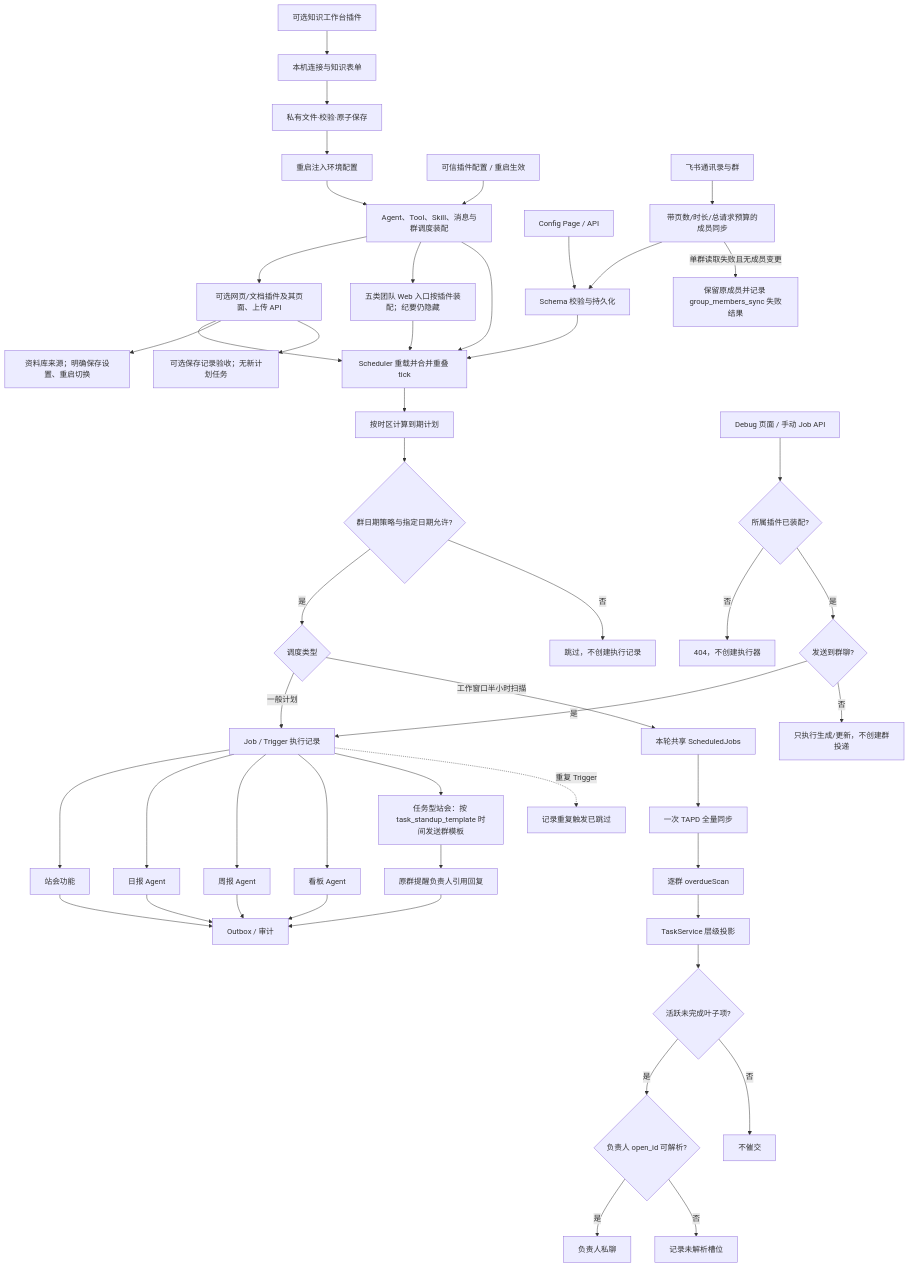
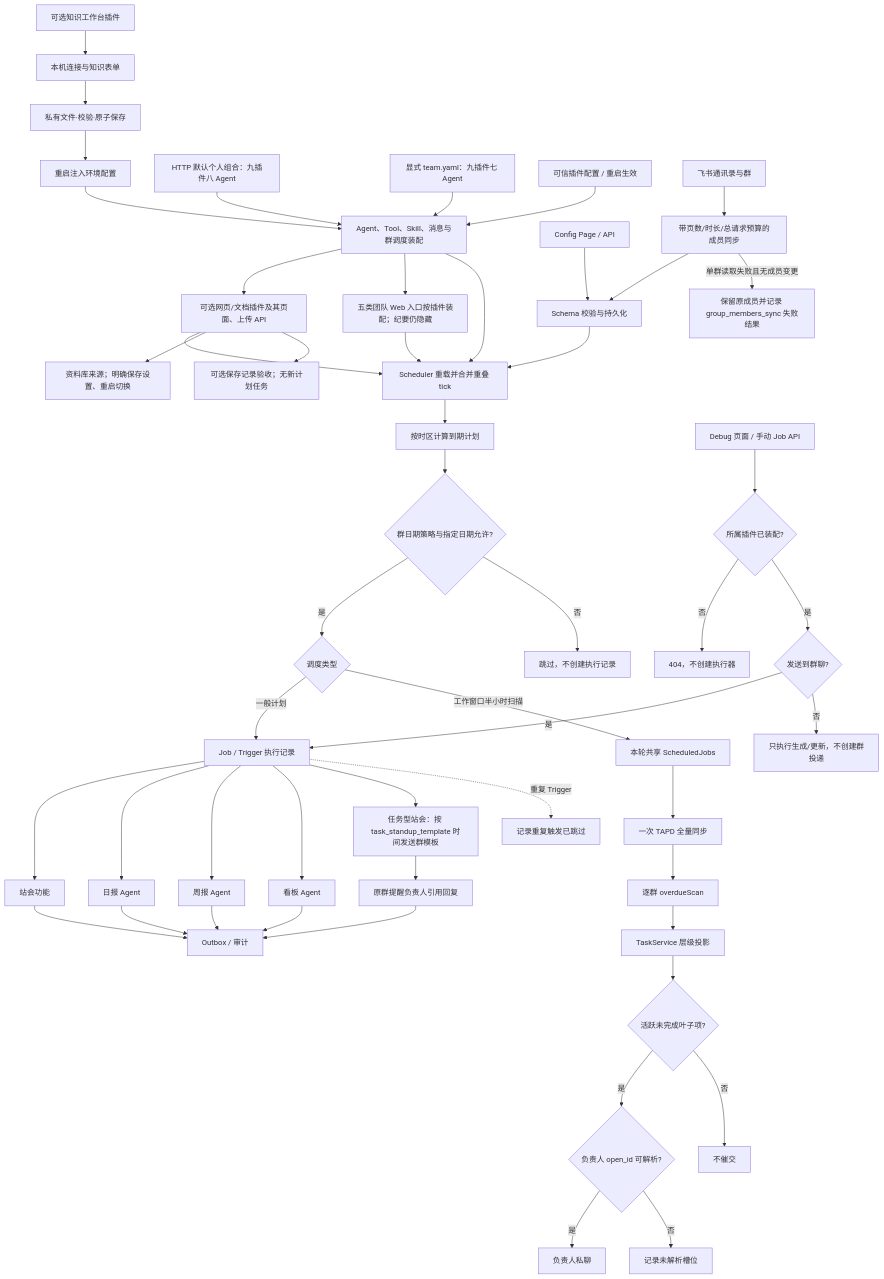
The diagram in backend/src/core/configuration-scheduling/FEATURE.md (KlayPeter/AI-Delivery-Ops-Agent), drawn with Mermaid before and after one commit. The commit also changed other lines of this file and 22 other files, not shown here.

````diff
--- a/backend/src/core/configuration-scheduling/FEATURE.md
+++ b/backend/src/core/configuration-scheduling/FEATURE.md
@@ -21,51 +21,53 @@
 ```mermaid
 flowchart TD
     KWP[可选知识工作台插件] --> LC[本机连接与知识表单]
     LC --> LF[私有文件·校验·原子保存]
     LF --> BOOT[重启注入环境配置]
     BOOT --> PH
+    PERSONAL[HTTP 默认个人组合：九插件八 Agent] --> PH
+    TEAM[显式 team.yaml：九插件七 Agent] --> PH
     PC["可信插件配置 / 重启生效"] --> PH["Agent、Tool、Skill、消息与群调度装配"]
     PH --> COL[可选网页/文档插件及其页面、上传 API]
     COL --> E
     PH --> VIS[五类团队 Web 入口按插件装配；纪要仍隐藏]
     VIS --> E
     PH --> E
     A["Config Page / API"] --> B["Schema 校验与持久化"]
     C["飞书通讯录与群"] --> D["带页数/时长/总请求预算的成员同步"]
     D --> B
     D -- 单群读取失败且无成员变更 --> MSFAIL[保留原成员并记录 group_members_sync 失败结果]
     B --> E["Scheduler 重载并合并重叠 tick"]
     E --> F["按时区计算到期计划"]
     F --> HC{"群日期策略与指定日期允许?"}
     HC -- "是" --> L{"调度类型"}
     HC -- "否" --> HS["跳过，不创建执行记录"]
     L -- "一般计划" --> G["Job / Trigger 执行记录"]
     L -- "工作窗口半小时扫描" --> S["本轮共享 ScheduledJobs"]
     S --> T["一次 TAPD 全量同步"]
     T --> M["逐群 overdueScan"]
     M --> P["TaskService 层级投影"]
     P --> Q{"活跃未完成叶子项?"}
     Q -- "是" --> V{"负责人 open_id 可解析?"}
     Q -- "否" --> R["不催交"]
     V -- "是" --> N["负责人私聊"]
     V -- "否" --> U["记录未解析槽位"]
     G --> H["站会功能"]
     G --> I["日报 Agent"]
     G --> W["周报 Agent"]
     G --> J["看板 Agent"]
     D2["Debug 页面 / 手动 Job API"] --> OWNER{所属插件已装配?}
     OWNER -- 否 --> REJECT[404，不创建执行器]
     OWNER -- 是 --> G2{"发送到群聊?"}
     G2 -- "是" --> G
     G2 -- "否" --> U2["只执行生成/更新，不创建群投递"]
     H --> K["Outbox / 审计"]
     G --> TS["任务型站会：按 task_standup_template 时间发送群模板"]
     TS --> TR["原群提醒负责人引用回复"]
     TR --> K
     I --> K
     W --> K
     J --> K
     G -. "重复 Trigger" .-> X["记录重复触发已跳过"]
     COL --> KLIB[资料库来源；明确保存设置、重启切换]
     COL --> QCR[可选保存记录验收；无新计划任务]
 ```
````
